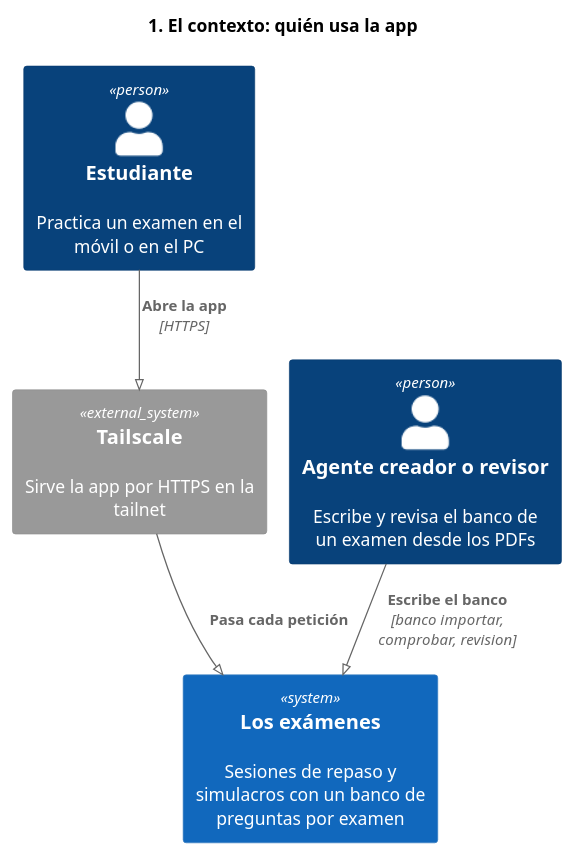
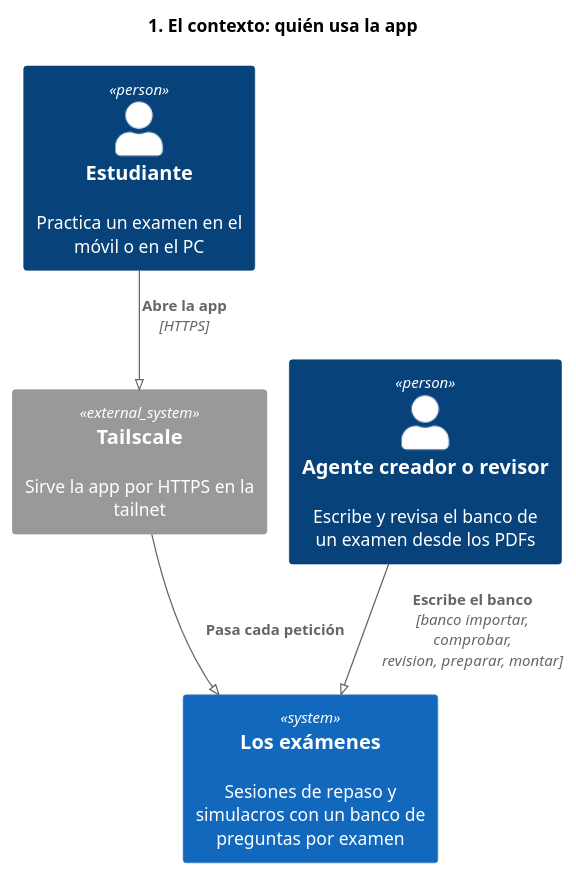
One commit to jfdg01/examenes changed the diagram in docs/diagramas/1-contexto.puml. Above: the diagram before and after it, drawn with PlantUML. The commit also changed 1 other file, not shown here.

Commit message:
chore: los diagramas C4 nombran banco preparar y banco montar
Claude-Session: https://claude.ai/code/session_01H2CpDefeFpGW4yd7a2hAjT

```diff
--- a/docs/diagramas/1-contexto.puml
+++ b/docs/diagramas/1-contexto.puml
@@ -1,14 +1,14 @@
 @startuml 1-contexto
 !pragma layout smetana
 !include <C4/C4_Context>
 title 1. El contexto: quién usa la app
 
 Person(estudiante, "Estudiante", "Practica un examen en el móvil o en el PC")
 Person(agente, "Agente creador o revisor", "Escribe y revisa el banco de un examen desde los PDFs")
 System(app, "Los exámenes", "Sesiones de repaso y simulacros con un banco de preguntas por examen")
 System_Ext(tailscale, "Tailscale", "Sirve la app por HTTPS en la tailnet")
 
 Rel(estudiante, tailscale, "Abre la app", "HTTPS")
 Rel(tailscale, app, "Pasa cada petición")
-Rel(agente, app, "Escribe el banco", "banco importar, comprobar, revision")
+Rel(agente, app, "Escribe el banco", "banco importar, comprobar, revision, preparar, montar")
 @enduml
```
